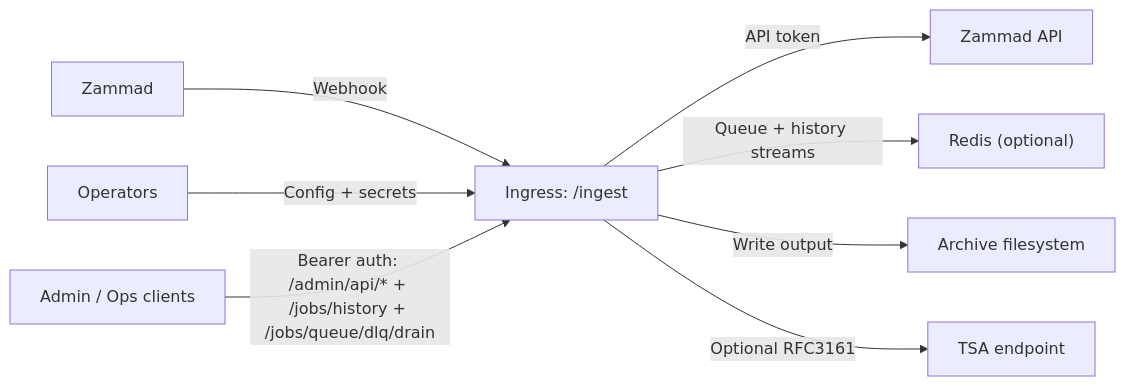
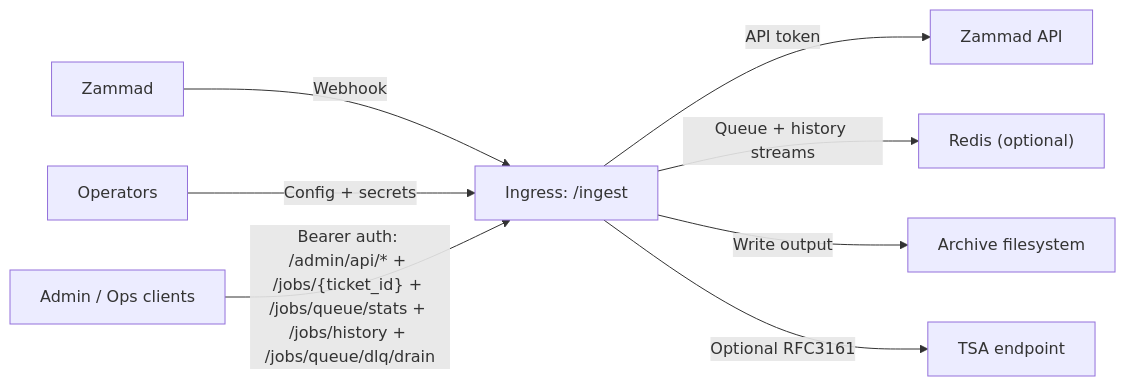
The diagram in docs/09-security.md (sebastianspicker/chronikwerk), drawn with Mermaid before and after one commit. The commit also changed 7 other files, not shown here.

````diff
--- a/docs/09-security.md
+++ b/docs/09-security.md
@@ -7,10 +7,10 @@
 ```mermaid
 flowchart LR
   Z["Zammad"] -->|"Webhook"| I["Ingress: /ingest"]
   OP["Operators"] -->|"Config + secrets"| I
-  A["Admin / Ops clients"] -->|"Bearer auth: /admin/api/* + /jobs/history + /jobs/queue/dlq/drain"| I
+  A["Admin / Ops clients"] -->|"Bearer auth: /admin/api/* + /jobs/{ticket_id} + /jobs/queue/stats + /jobs/history + /jobs/queue/dlq/drain"| I
   I -->|"API token"| ZA["Zammad API"]
   I -->|"Queue + history streams"| R["Redis (optional)"]
   I -->|"Write output"| FS["Archive filesystem"]
   I -->|"Optional RFC3161"| TSA["TSA endpoint"]
 ```
````
